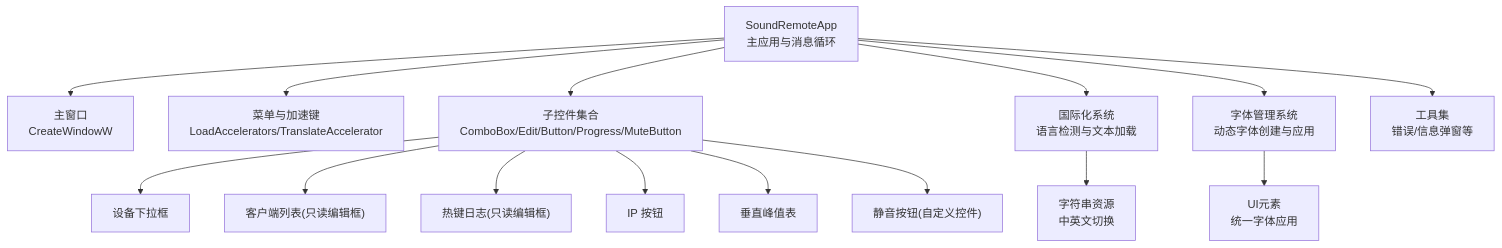
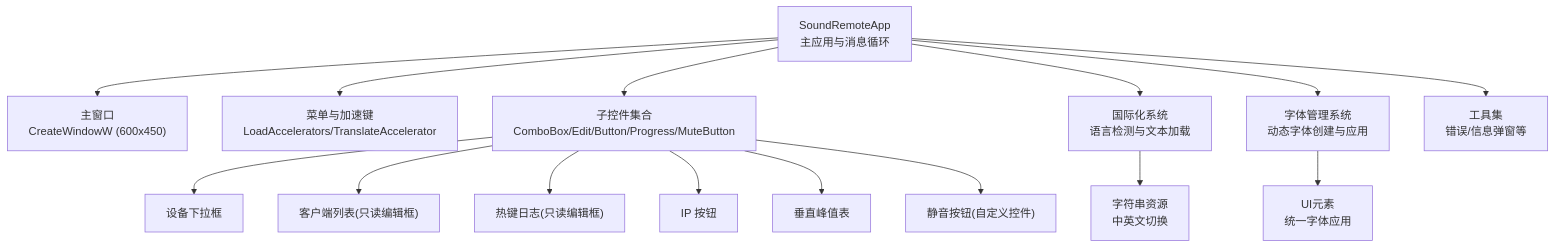
Before and after one commit to tea4go/SoundRemote-WinServer: the first of 11 diagrams in .qoder/repowiki/zh/content/用户界面.md, drawn with Mermaid. The commit also changed other lines of this file and 7 other files, not shown here.

````diff
--- a/.qoder/repowiki/zh/content/用户界面.md
+++ b/.qoder/repowiki/zh/content/用户界面.md
@@ -47,17 +46,17 @@
 ```mermaid
 graph TB
-App["SoundRemoteApp<br/>主应用与消息循环"] --> MainWin["主窗口<br/>CreateWindowW"]
+App["SoundRemoteApp<br/>主应用与消息循环"] --> MainWin["主窗口<br/>CreateWindowW (600x450)"]
 App --> Menu["菜单与加速键<br/>LoadAccelerators/TranslateAccelerator"]
 App --> Controls["子控件集合<br/>ComboBox/Edit/Button/Progress/MuteButton"]
 App --> I18N["国际化系统<br/>语言检测与文本加载"]
 App --> FontMgr["字体管理系统<br/>动态字体创建与应用"]
 Controls --> DeviceCB["设备下拉框"]
 Controls --> ClientList["客户端列表(只读编辑框)"]
 Controls --> Keystrokes["热键日志(只读编辑框)"]
 Controls --> IPBtn["IP 按钮"]
 Controls --> PeakMeter["垂直峰值表"]
 Controls --> MuteBtn["静音按钮(自定义控件)"]
 I18N --> Strings["字符串资源<br/>中英文切换"]
 FontMgr --> UIElements["UI元素<br/>统一字体应用"]
 App --> Util["工具集<br/>错误/信息弹窗等"]
 ```
````
